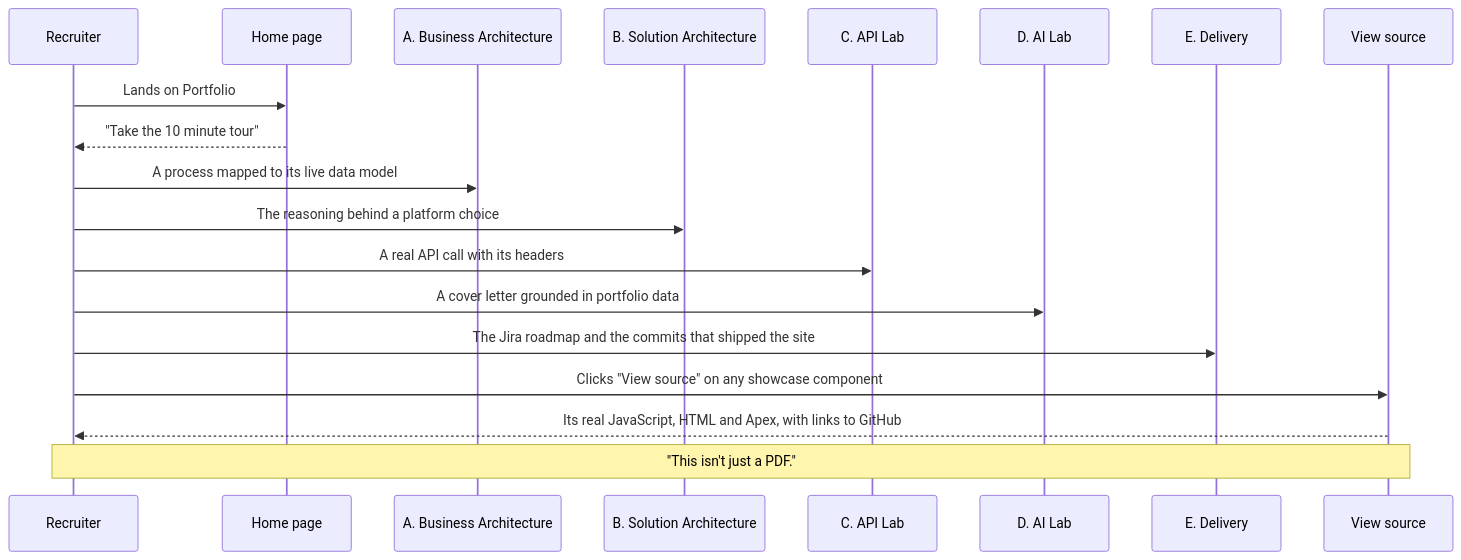
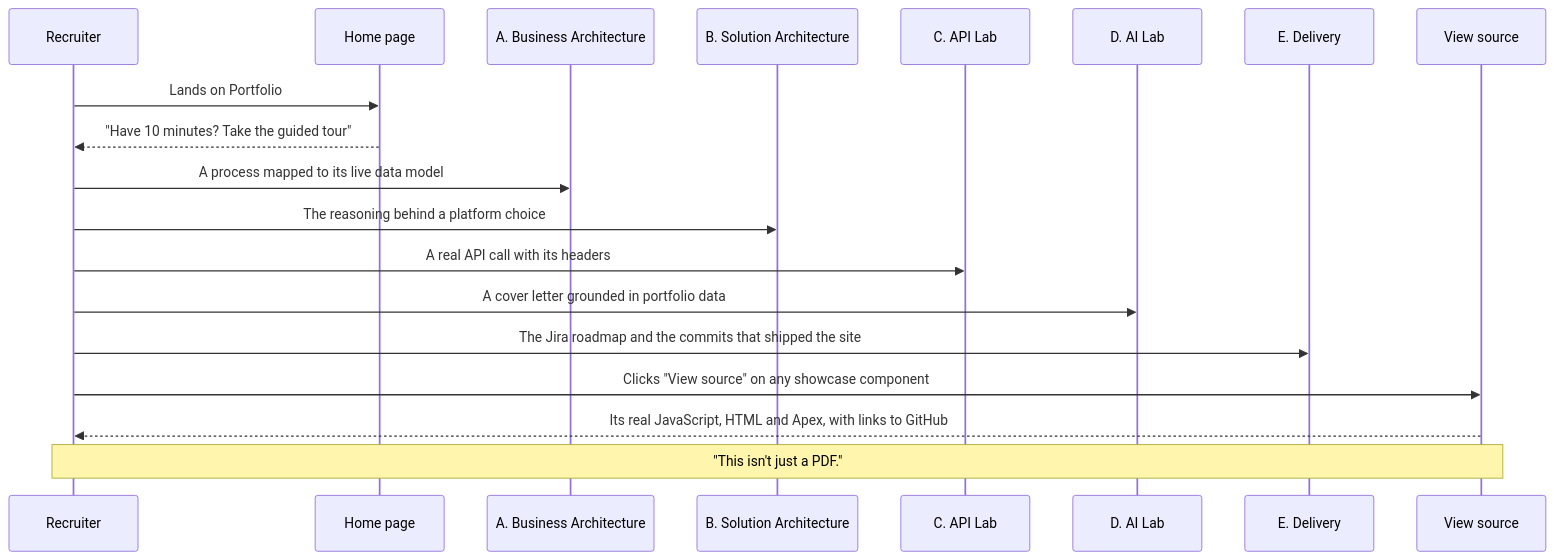
One commit to rdbumstead/salesforce-platform-architect-portfolio changed the diagram in docs/guides/01-Executive-Overview.md. Above: the diagram before and after it, drawn with Mermaid. The commit also changed 6 other files, not shown here.

````diff
--- a/docs/guides/01-Executive-Overview.md
+++ b/docs/guides/01-Executive-Overview.md
@@ -53,22 +53,22 @@
 ```mermaid
 sequenceDiagram
     participant R as Recruiter
     participant H as Home page
     participant A as A. Business Architecture
     participant B as B. Solution Architecture
     participant C as C. API Lab
     participant D as D. AI Lab
     participant E as E. Delivery
     participant S as View source
 
     R->>H: Lands on Portfolio
-    H-->>R: "Take the 10 minute tour"
+    H-->>R: "Have 10 minutes? Take the guided tour"
     R->>A: A process mapped to its live data model
     R->>B: The reasoning behind a platform choice
     R->>C: A real API call with its headers
     R->>D: A cover letter grounded in portfolio data
     R->>E: The Jira roadmap and the commits that shipped the site
     R->>S: Clicks "View source" on any showcase component
     S-->>R: Its real JavaScript, HTML and Apex, with links to GitHub
     Note over R,S: "This isn't just a PDF."
 ```
````
